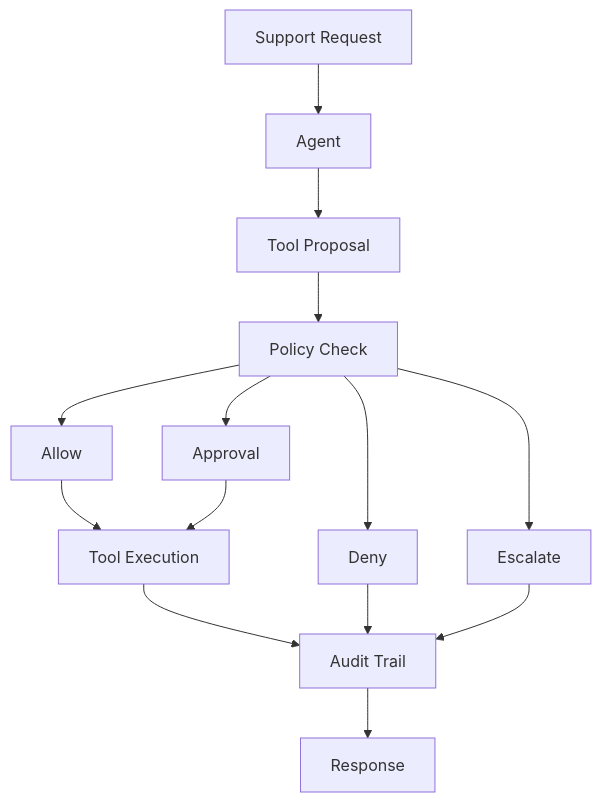
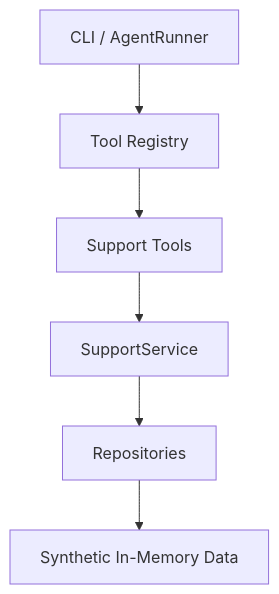
The second of 2 diagrams in README.md (SincereSag87/supportops-agent), drawn with Mermaid before and after one commit. The commit also changed other lines of this file and 14 other files, not shown here.

Commit message:
feat: add agent tool calling loop

````diff
--- a/README.md
+++ b/README.md
@@ -45,16 +34,8 @@
 ```mermaid
 flowchart TD
-    A[Support Request] --> B[Agent]
-    B --> C[Tool Proposal]
-    C --> D[Policy Check]
-    D --> E[Allow]
-    D --> F[Approval]
-    D --> G[Deny]
-    D --> H[Escalate]
-    E --> I[Tool Execution]
-    F --> I
-    I --> J[Audit Trail]
-    G --> J
-    H --> J
-    J --> K[Response]
+    A[CLI / AgentRunner] --> B[Tool Registry]
+    B --> C[Support Tools]
+    C --> D[SupportService]
+    D --> E[Repositories]
+    E --> F[Synthetic In-Memory Data]
 ```
````
